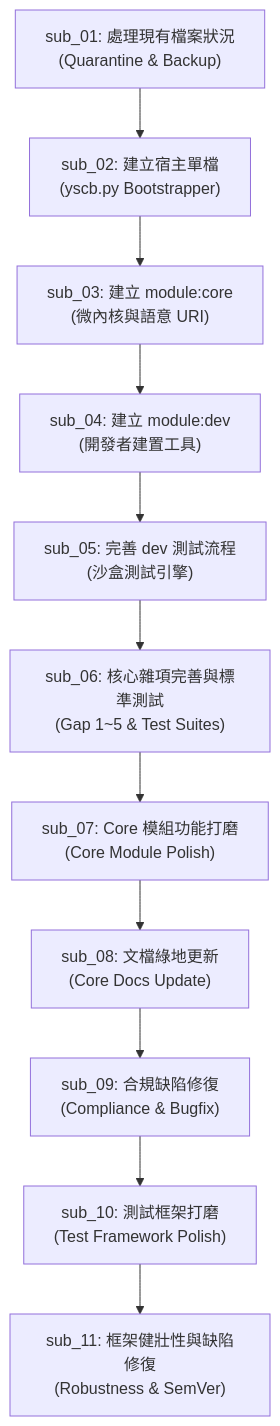
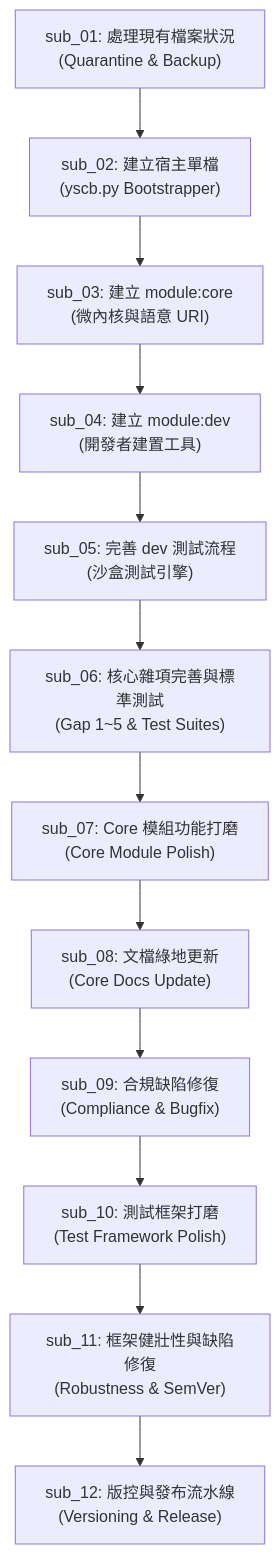
One commit to ysnaive/ys-codebase changed the diagram in plans/2026_08_23_2030_architecture_refactor/umbrella_overview.md. Above: the diagram before and after it, drawn with Mermaid. The commit also changed other lines of this file and 349 other files, not shown here.

````diff
--- a/plans/2026_08_23_2030_architecture_refactor/umbrella_overview.md
+++ b/plans/2026_08_23_2030_architecture_refactor/umbrella_overview.md
@@ -40,13 +41,14 @@
 ```mermaid
 flowchart TD
     sub_01["sub_01: 處理現有檔案狀況<br/>(Quarantine & Backup)"] --> sub_02["sub_02: 建立宿主單檔<br/>(yscb.py Bootstrapper)"]
     sub_02 --> sub_03["sub_03: 建立 module:core<br/>(微內核與語意 URI)"]
     sub_03 --> sub_04["sub_04: 建立 module:dev<br/>(開發者建置工具)"]
     sub_04 --> sub_05["sub_05: 完善 dev 測試流程<br/>(沙盒測試引擎)"]
     sub_05 --> sub_06["sub_06: 核心雜項完善與標準測試<br/>(Gap 1~5 & Test Suites)"]
     sub_06 --> sub_07["sub_07: Core 模組功能打磨<br/>(Core Module Polish)"]
     sub_07 --> sub_08["sub_08: 文檔綠地更新<br/>(Core Docs Update)"]
     sub_08 --> sub_09["sub_09: 合規缺陷修復<br/>(Compliance & Bugfix)"]
     sub_09 --> sub_10["sub_10: 測試框架打磨<br/>(Test Framework Polish)"]
     sub_10 --> sub_11["sub_11: 框架健壯性與缺陷修復<br/>(Robustness & SemVer)"]
+    sub_11 --> sub_12["sub_12: 版控與發布流水線<br/>(Versioning & Release)"]
 ```
````
